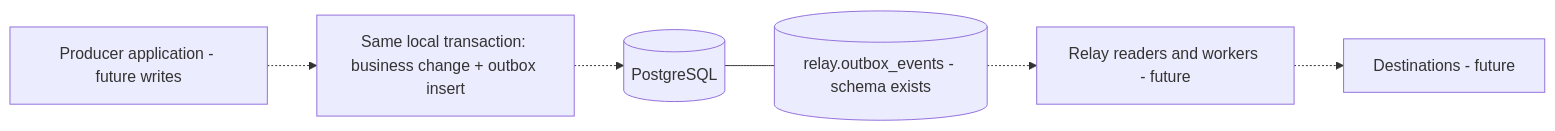
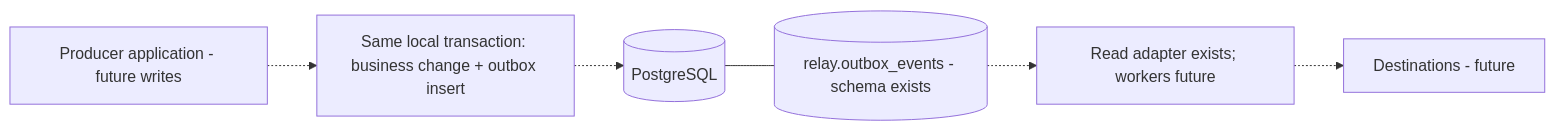
One commit to juniocr26/rust-event-relay changed the first of 2 diagrams in docs/en/architecture.md. Above: the diagram before and after it, drawn with Mermaid. The commit also changed other lines of this file and 28 other files, not shown here.

````diff
--- a/docs/en/architecture.md
+++ b/docs/en/architecture.md
@@ -112,14 +112,14 @@
 ```mermaid
 flowchart LR
     PRODUCER[Producer application - future writes]
     TX[Same local transaction: business change + outbox insert]
     DB[(PostgreSQL)]
     OUTBOX[(relay.outbox_events - schema exists)]
-    RELAY[Relay readers and workers - future]
+    RELAY[Read adapter exists; workers future]
     DEST[Destinations - future]
     PRODUCER -.-> TX
     TX -.-> DB
     DB --- OUTBOX
     OUTBOX -.-> RELAY
     RELAY -.-> DEST
 ```
````
